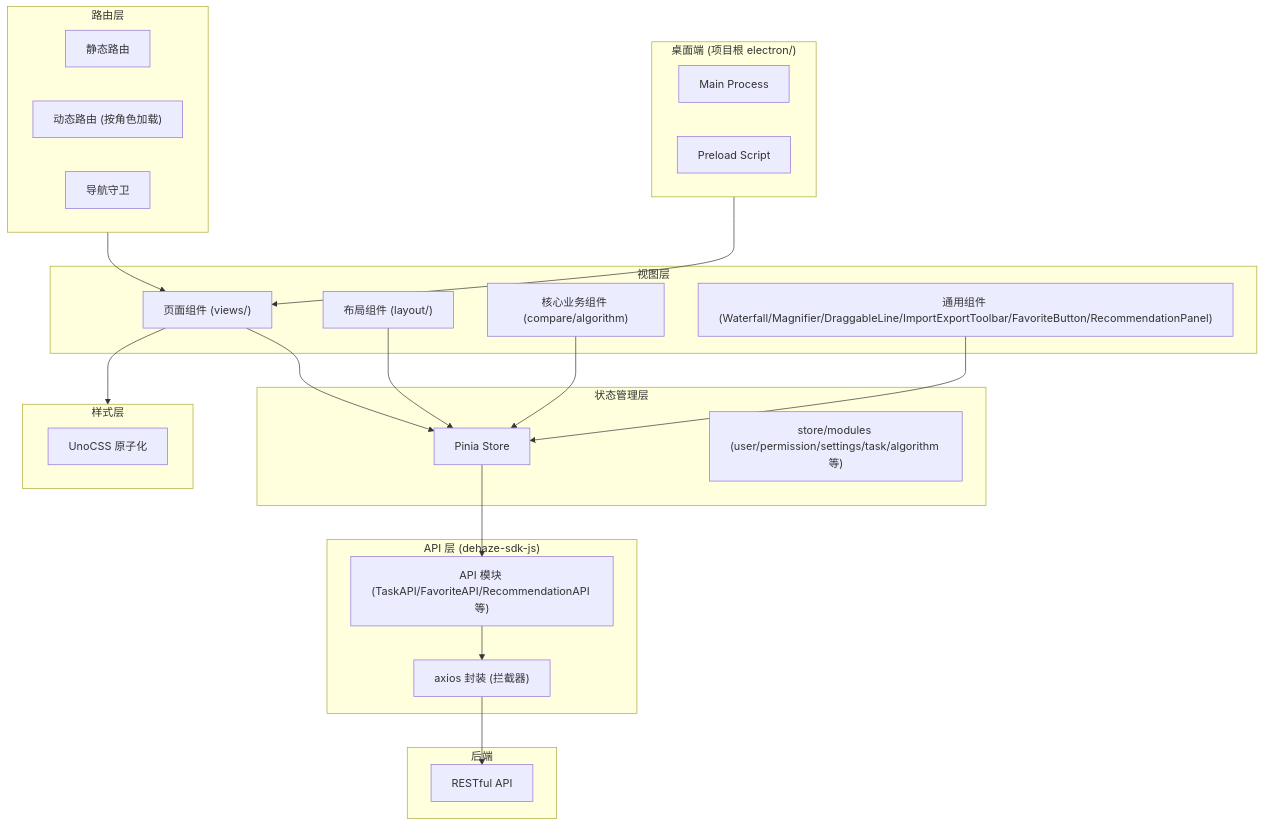
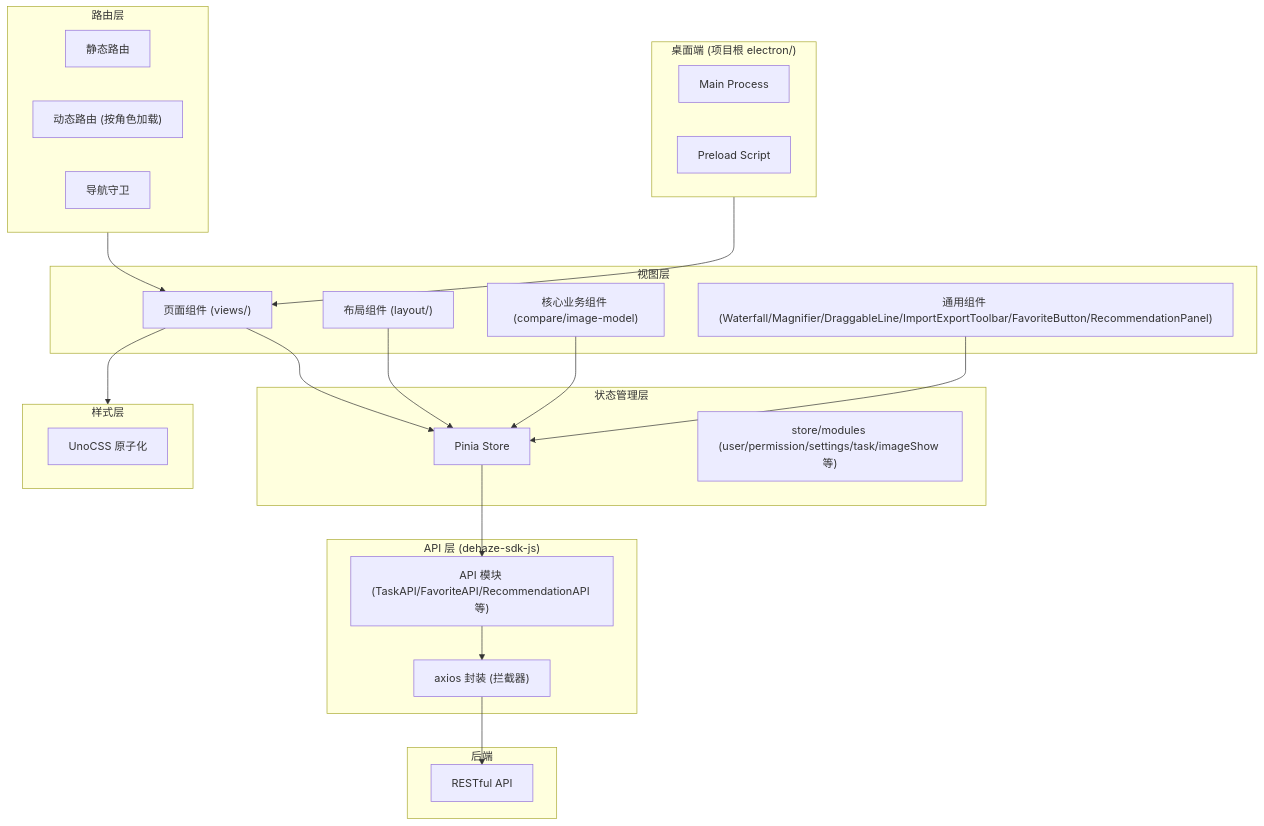
One commit to earthy-zinc/dehaze-system changed the first of 2 diagrams in dehaze-doc/docs/04-项目实现/前端/01-Vue架构文档.md. Above: the diagram before and after it, drawn with Mermaid. The commit also changed other lines of this file and 239 other files, not shown here.

````diff
--- a/dehaze-doc/docs/04-项目实现/前端/01-Vue架构文档.md
+++ b/dehaze-doc/docs/04-项目实现/前端/01-Vue架构文档.md
@@ -9,49 +9,49 @@
 ```mermaid
 flowchart TB
     subgraph View["视图层"]
         Pages["页面组件 (views/)"]
         Layout["布局组件 (layout/)"]
-        CoreComp["核心业务组件 (compare/algorithm)"]
+        CoreComp["核心业务组件 (compare/image-model)"]
         CommonComp["通用组件 (Waterfall/Magnifier/DraggableLine/ImportExportToolbar/FavoriteButton/RecommendationPanel)"]
     end
 
     subgraph State["状态管理层"]
         Pinia["Pinia Store"]
-        Modules["store/modules (user/permission/settings/task/algorithm 等)"]
+        Modules["store/modules (user/permission/settings/task/imageShow 等)"]
     end
 
     subgraph SDK["API 层 (dehaze-sdk-js)"]
         ApiModules["API 模块 (TaskAPI/FavoriteAPI/RecommendationAPI 等)"]
         Request["axios 封装 (拦截器)"]
     end
 
     subgraph Router["路由层"]
         StaticRoutes["静态路由"]
         DynamicRoutes["动态路由 (按角色加载)"]
         Guards["导航守卫"]
     end
 
     subgraph Style["样式层"]
         UnoCSS["UnoCSS 原子化"]
     end
 
     subgraph Electron["桌面端 (项目根 electron/)"]
         Main["Main Process"]
         Preload["Preload Script"]
     end
 
     subgraph Backend["后端"]
         REST["RESTful API"]
     end
 
     Pages --> Pinia
     Layout --> Pinia
     CoreComp --> Pinia
     CommonComp --> Pinia
     Pinia --> ApiModules
     ApiModules --> Request
     Request --> REST
     Router --> Pages
     Pages --> Style
     Electron --> Pages
 ```
````
